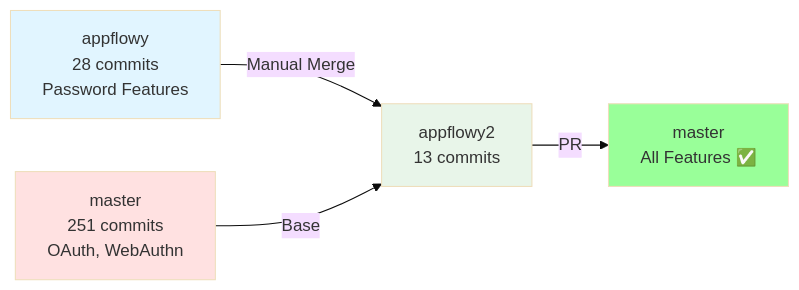
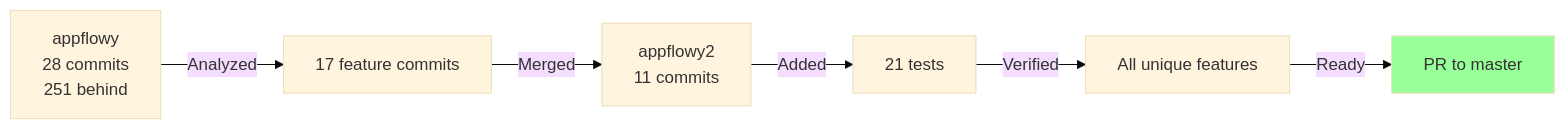
The sixth of 6 diagrams in appflowy/APPFLOWY_BRANCH_MIGRATION_HISTORY.md (JonasMht/edelweiss-gotrue), drawn with Mermaid (base theme) before and after one commit. The commit also changed other lines of this file and 5 other files, not shown here.

````diff
--- a/appflowy/APPFLOWY_BRANCH_MIGRATION_HISTORY.md
+++ b/appflowy/APPFLOWY_BRANCH_MIGRATION_HISTORY.md
@@ -361,15 +295,10 @@
 ```mermaid
 graph LR
-    A[appflowy<br/>28 commits<br/>Password Features]
-    M[master<br/>251 commits<br/>OAuth, WebAuthn]
+    A[appflowy<br/>28 commits<br/>251 behind] -->|Analyzed| B[17 feature commits]
+    B -->|Merged| C[appflowy2<br/>11 commits]
+    C -->|Added| D[21 tests]
+    D -->|Verified| E[All unique features]
+    E -->|Ready| F[PR to master]
 
-    A -->|Manual Merge| A2[appflowy2<br/>13 commits]
-    M -->|Base| A2
-
-    A2 -->|PR| M2[master<br/>All Features ✅]
-
-    style A fill:#e1f5ff
-    style M fill:#ffe1e1
-    style A2 fill:#e8f5e9
-    style M2 fill:#9f9
+    style F fill:#9f9
 ```
````
